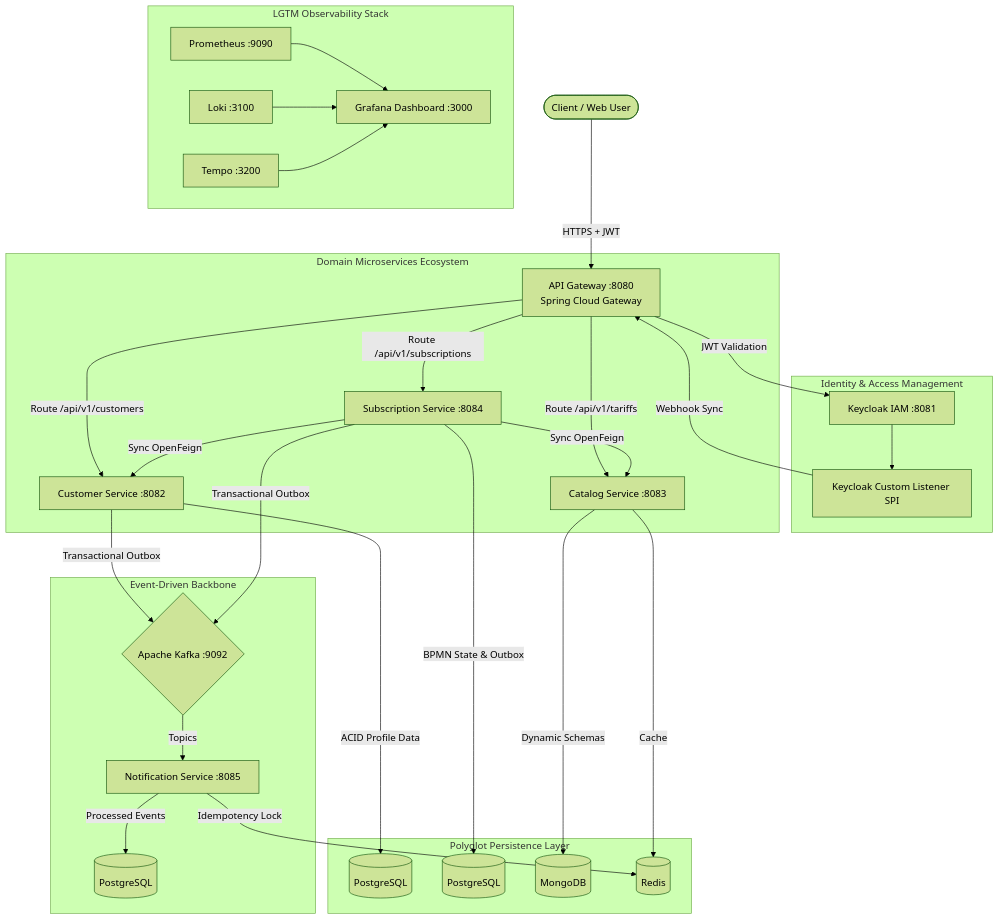
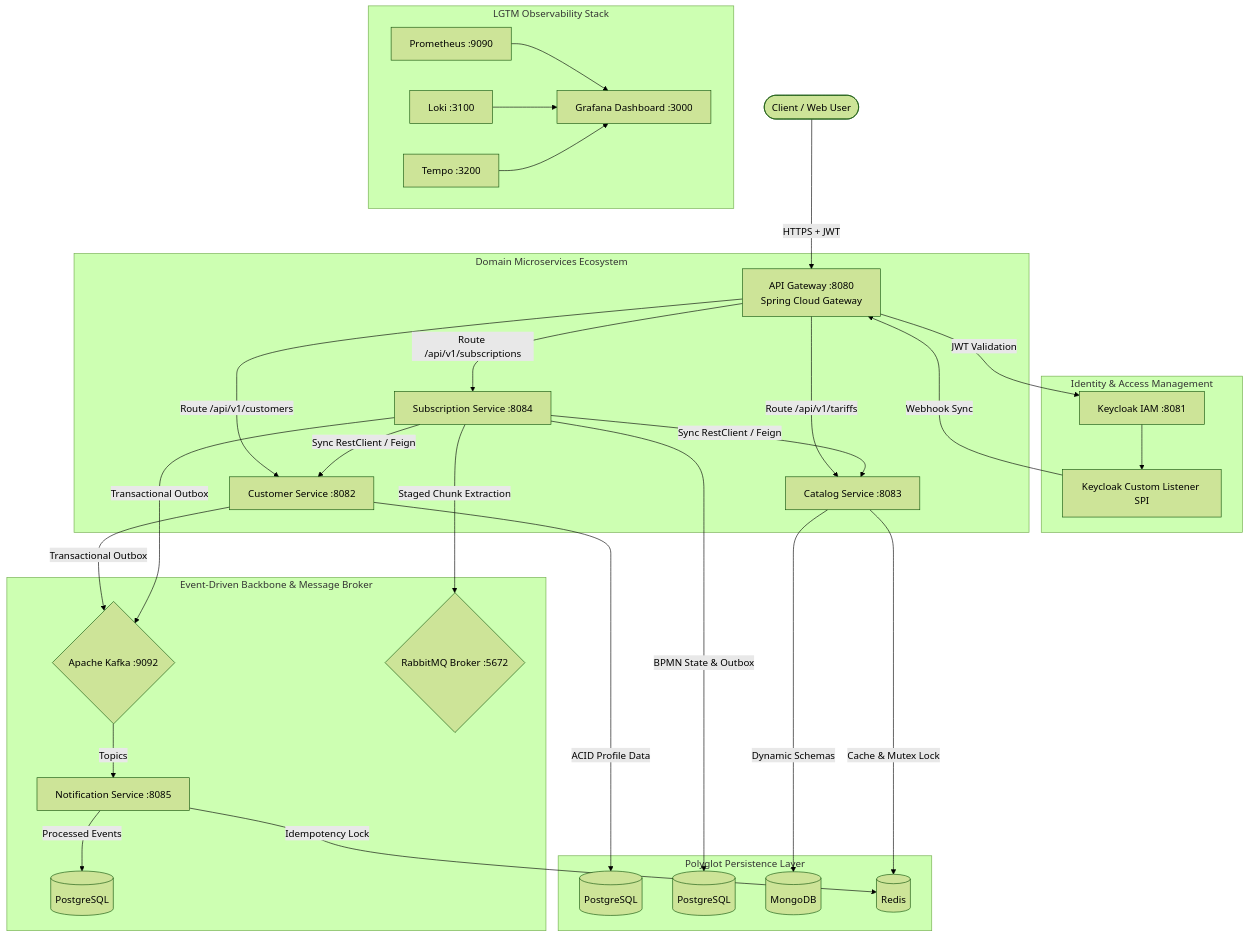
One commit to mahmutyukselci/telecom-crm-public changed the first of 2 diagrams in README.md. Above: the diagram before and after it, drawn with Mermaid (forest theme). The commit also changed other lines of this file and 2 other files, not shown here.

````diff
--- a/README.md
+++ b/README.md
@@ -26,48 +29,49 @@
 ```mermaid
 graph TD
     User([Client / Web User]) -->|HTTPS + JWT| Gateway[API Gateway :8080<br/>Spring Cloud Gateway]
     
     subgraph IAM ["Identity & Access Management"]
         KC[Keycloak IAM :8081]
         SPI[Keycloak Custom Listener SPI]
         KC --> SPI
     end
 
     Gateway -->|JWT Validation| KC
     SPI -->|Webhook Sync| Gateway
 
     subgraph Microservices ["Domain Microservices Ecosystem"]
         Gateway -->|Route /api/v1/customers| CustSvc[Customer Service :8082]
         Gateway -->|Route /api/v1/tariffs| CatSvc[Catalog Service :8083]
         Gateway -->|Route /api/v1/subscriptions| SubSvc[Subscription Service :8084]
         
-        SubSvc -->|Sync OpenFeign| CatSvc
-        SubSvc -->|Sync OpenFeign| CustSvc
+        SubSvc -->|Sync RestClient / Feign| CatSvc
+        SubSvc -->|Sync RestClient / Feign| CustSvc
     end
 
     subgraph DataLayer ["Polyglot Persistence Layer"]
         CustSvc -->|ACID Profile Data| PG_Cust[(PostgreSQL)]
         SubSvc -->|BPMN State & Outbox| PG_Sub[(PostgreSQL)]
         CatSvc -->|Dynamic Schemas| Mongo[(MongoDB)]
-        CatSvc -->|Cache| Redis[(Redis)]
+        CatSvc -->|Cache & Mutex Lock| Redis[(Redis)]
     end
 
-    subgraph EventStreaming ["Event-Driven Backbone"]
+    subgraph EventStreaming ["Event-Driven Backbone & Message Broker"]
         CustSvc -->|Transactional Outbox| Kafka{Apache Kafka :9092}
         SubSvc -->|Transactional Outbox| Kafka
+        SubSvc -->|Staged Chunk Extraction| RabbitMQ{RabbitMQ Broker :5672}
         Kafka -->|Topics| NotifSvc[Notification Service :8085]
         NotifSvc -->|Idempotency Lock| Redis
         NotifSvc -->|Processed Events| PG_Notif[(PostgreSQL)]
     end
 
     subgraph Observability ["LGTM Observability Stack"]
         Prom[Prometheus :9090]
         Loki[Loki :3100]
         Tempo[Tempo :3200]
         Grafana[Grafana Dashboard :3000]
         
         Prom --> Grafana
         Loki --> Grafana
         Tempo --> Grafana
     end
 ```
````
